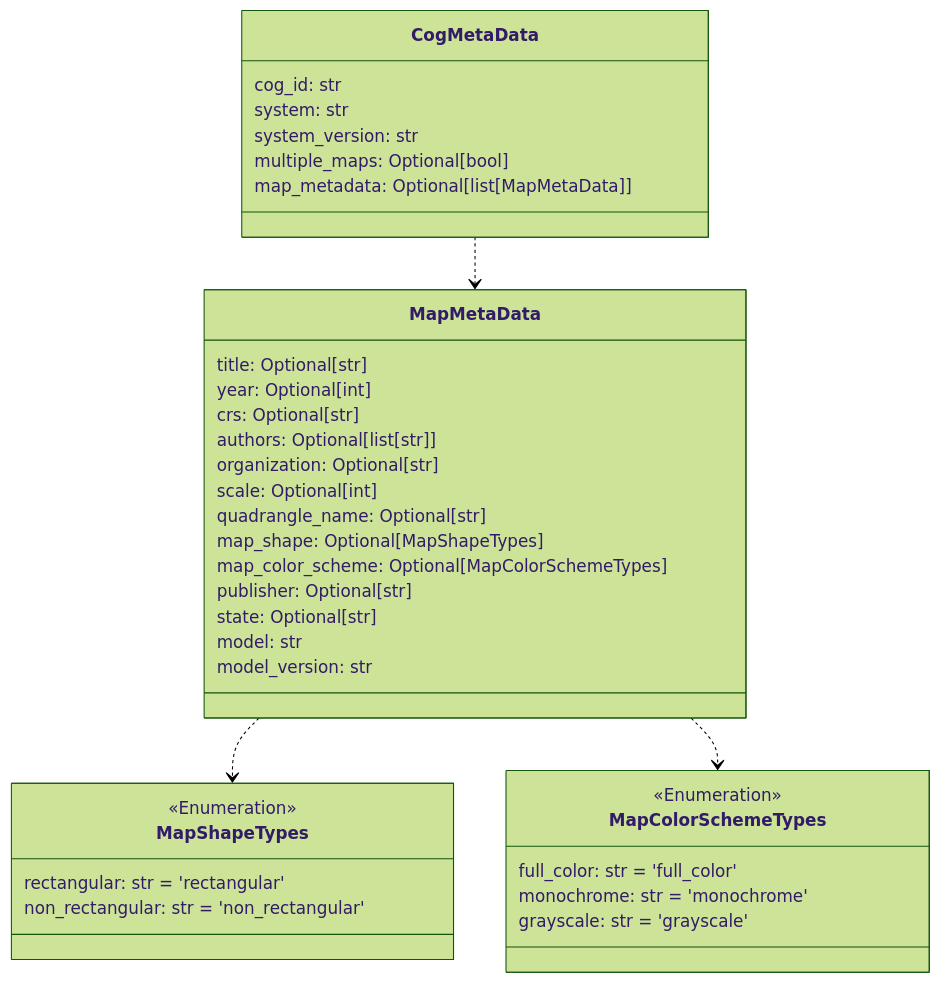
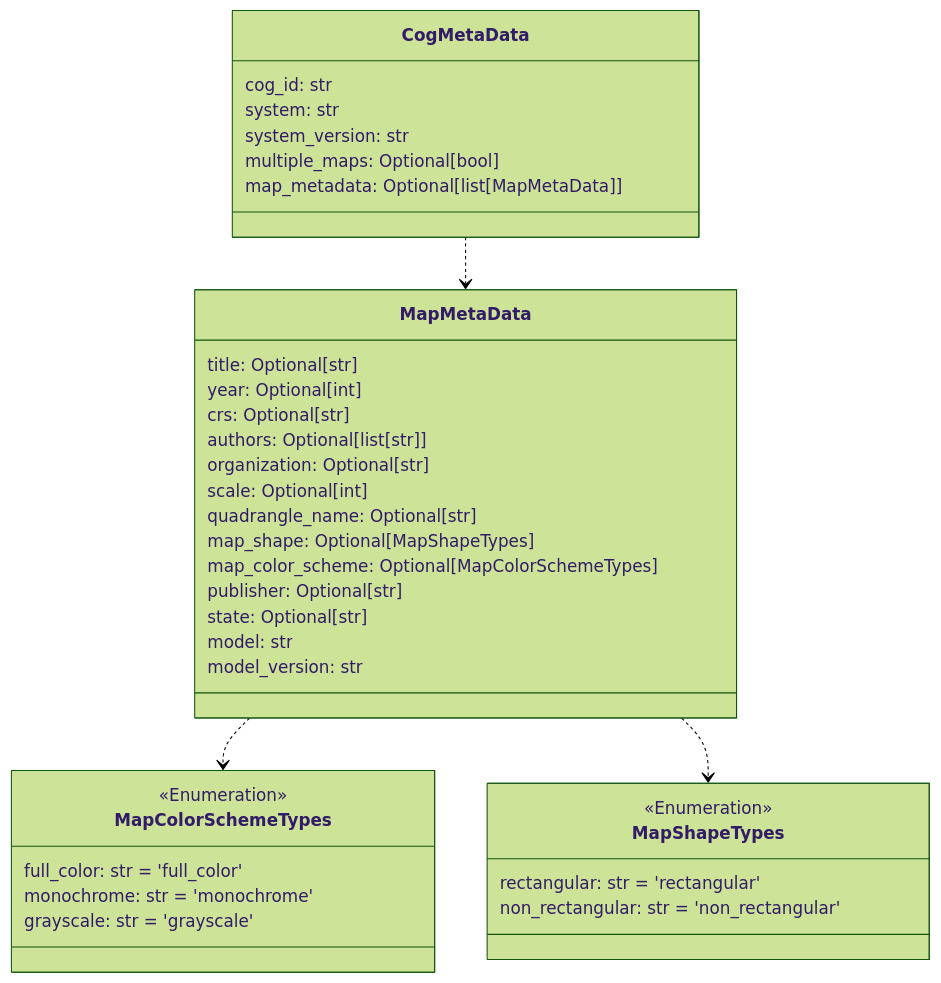
The second of 6 diagrams in README.md (DARPA-CRITICALMAAS/cdr_schemas), drawn with Mermaid (forest theme) before and after one commit. The commit also changed other lines of this file, not shown here.

````diff
--- a/README.md
+++ b/README.md
@@ -135,46 +134,46 @@
 ```mermaid
 classDiagram
+
+    class CogMetaData {
+        cog_id: str
+        system: str
+        system_version: str
+        multiple_maps: Optional[bool]
+        map_metadata: Optional[list[MapMetaData]]
+    }
 
     class MapMetaData {
         title: Optional[str]
         year: Optional[int]
         crs: Optional[str]
         authors: Optional[list[str]]
         organization: Optional[str]
         scale: Optional[int]
         quadrangle_name: Optional[str]
         map_shape: Optional[MapShapeTypes]
         map_color_scheme: Optional[MapColorSchemeTypes]
         publisher: Optional[str]
         state: Optional[str]
         model: str
         model_version: str
     }
 
-    class CogMetaData {
-        cog_id: str
-        system: str
-        system_version: str
-        multiple_maps: Optional[bool]
-        map_metadata: Optional[list[MapMetaData]]
+    class MapColorSchemeTypes {
+        <<Enumeration>>
+        full_color: str = 'full_color'
+        monochrome: str = 'monochrome'
+        grayscale: str = 'grayscale'
     }
 
     class MapShapeTypes {
         <<Enumeration>>
         rectangular: str = 'rectangular'
         non_rectangular: str = 'non_rectangular'
     }
 
-    class MapColorSchemeTypes {
-        <<Enumeration>>
-        full_color: str = 'full_color'
-        monochrome: str = 'monochrome'
-        grayscale: str = 'grayscale'
-    }
-
+    MapMetaData ..> MapColorSchemeTypes
     MapMetaData ..> MapShapeTypes
-    MapMetaData ..> MapColorSchemeTypes
     CogMetaData ..> MapMetaData
 
 
 ```
````
